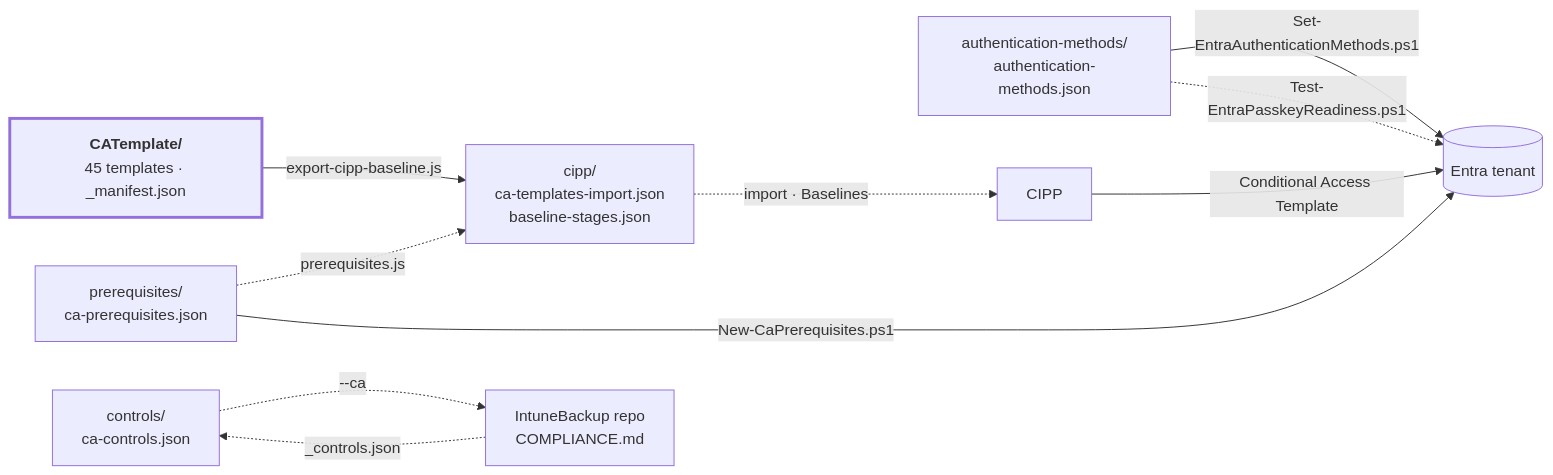
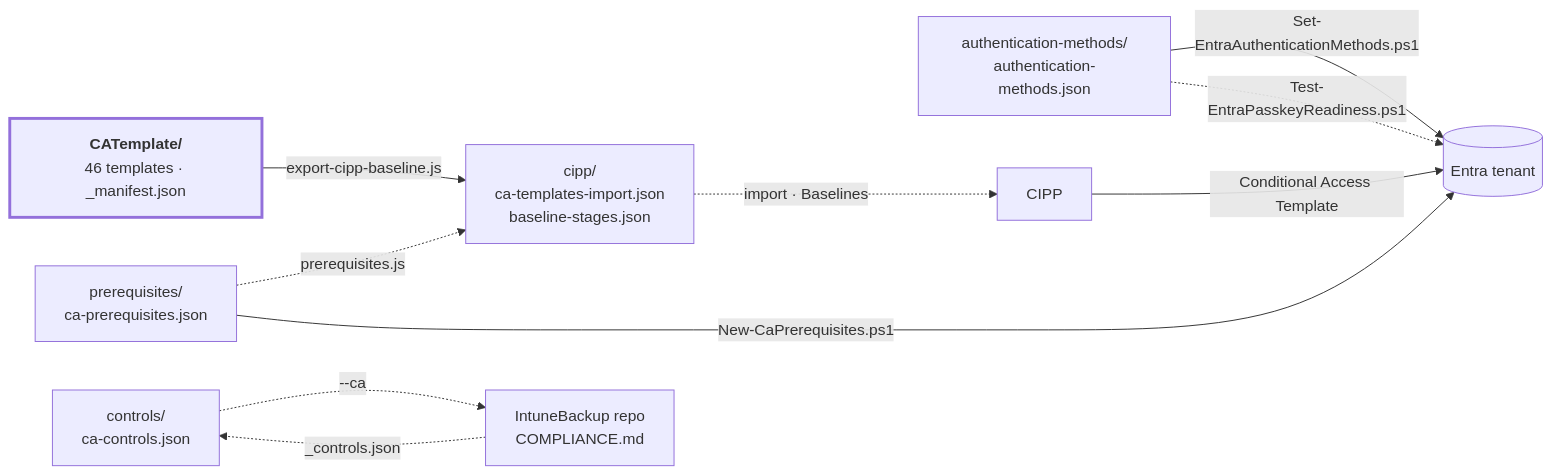
Before and after one commit to sjkanon/CA-Policies: the diagram in docs/STRUCTUUR.en.md, drawn with Mermaid. The commit also changed other lines of this file and 24 other files, not shown here.

````diff
--- a/docs/STRUCTUUR.en.md
+++ b/docs/STRUCTUUR.en.md
@@ -27,20 +27,20 @@
 ```mermaid
 flowchart LR
-  T["<b>CATemplate/</b><br/>45 templates · _manifest.json"]
+  T["<b>CATemplate/</b><br/>46 templates · _manifest.json"]
   P["prerequisites/<br/>ca-prerequisites.json"]
   A["authentication-methods/<br/>authentication-methods.json"]
   C["controls/<br/>ca-controls.json"]
 
   T -->|export-cipp-baseline.js| X["cipp/<br/>ca-templates-import.json<br/>baseline-stages.json"]
   P -.->|prerequisites.js| X
   X -.->|import · Baselines| CIPP["CIPP"]
   CIPP -->|Conditional Access Template| TEN[("Entra tenant")]
   P -->|New-CaPrerequisites.ps1| TEN
   A -->|Set-EntraAuthenticationMethods.ps1| TEN
   A -.->|Test-EntraPasskeyReadiness.ps1| TEN
 
   C -.->|--ca| IB["IntuneBackup repo<br/>COMPLIANCE.md"]
   IB -.->|_controls.json| C
 
   style T stroke-width:3px
 ```
````
